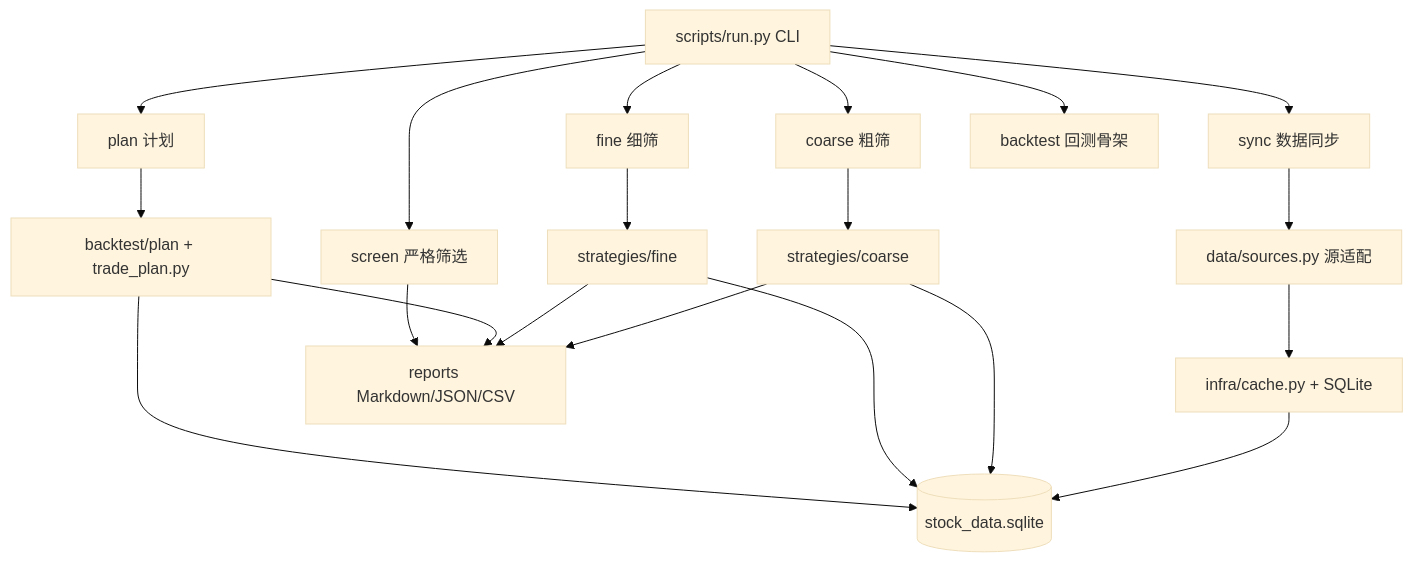
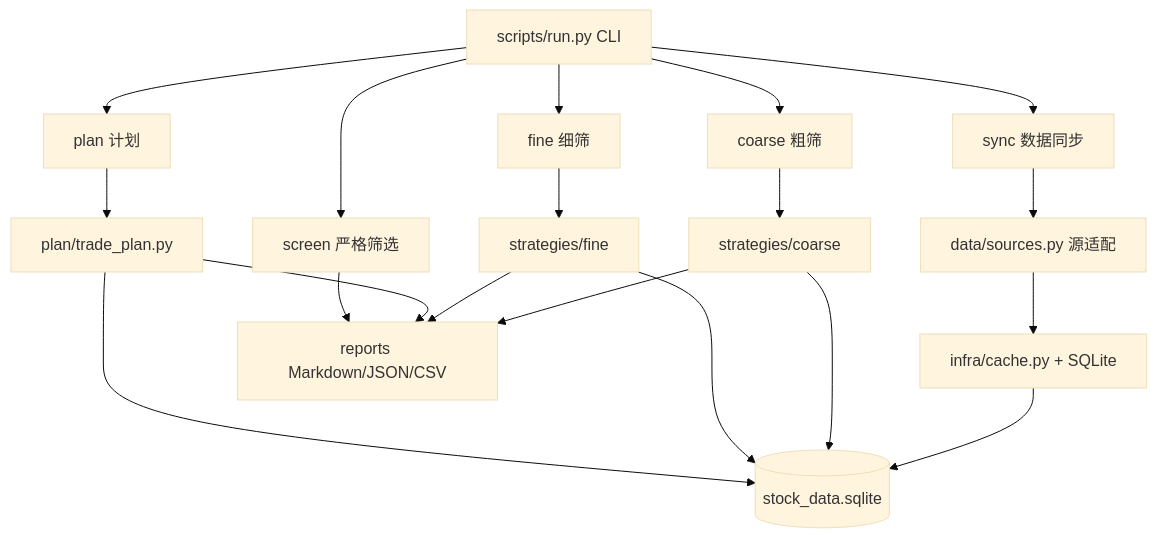
Before and after one commit to dlxu1/tech-growth-stock-screener: the diagram in README.md, drawn with Mermaid (base theme). The commit also changed other lines of this file and 36 other files, not shown here.

````diff
--- a/README.md
+++ b/README.md
@@ -19,26 +22,25 @@
 ```mermaid
 flowchart TD
   CLI["scripts/run.py CLI"] --> Sync["sync 数据同步"]
   CLI --> Coarse["coarse 粗筛"]
   CLI --> Fine["fine 细筛"]
   CLI --> Plan["plan 计划"]
   CLI --> Screen["screen 严格筛选"]
-  CLI --> Backtest["backtest 回测骨架"]
 
   Sync --> Sources["data/sources.py 源适配"]
   Sources --> Cache["infra/cache.py + SQLite"]
   Cache --> DB[("stock_data.sqlite")]
 
   Coarse --> CoarseLayer["strategies/coarse"]
   Fine --> FineLayer["strategies/fine"]
-  Plan --> PlanLayer["backtest/plan + trade_plan.py"]
+  Plan --> PlanLayer["plan/trade_plan.py"]
 
   CoarseLayer --> DB
   FineLayer --> DB
   PlanLayer --> DB
 
   CoarseLayer --> Reports["reports Markdown/JSON/CSV"]
   FineLayer --> Reports
   PlanLayer --> Reports
   Screen --> Reports
 ```
````
